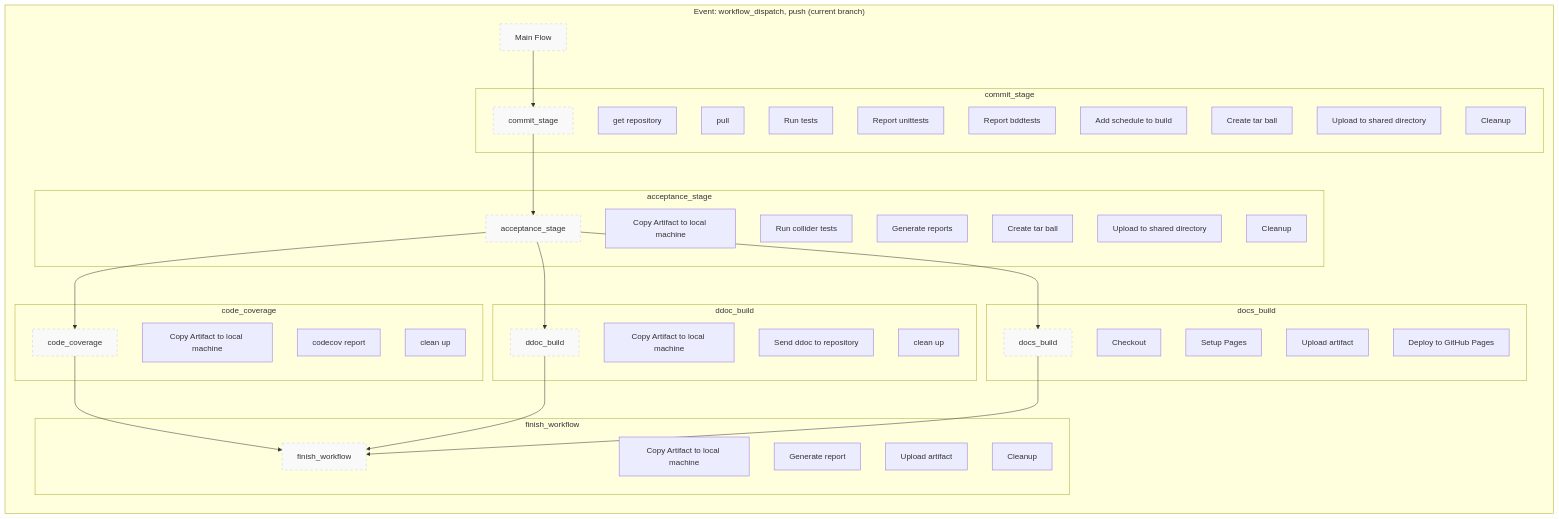
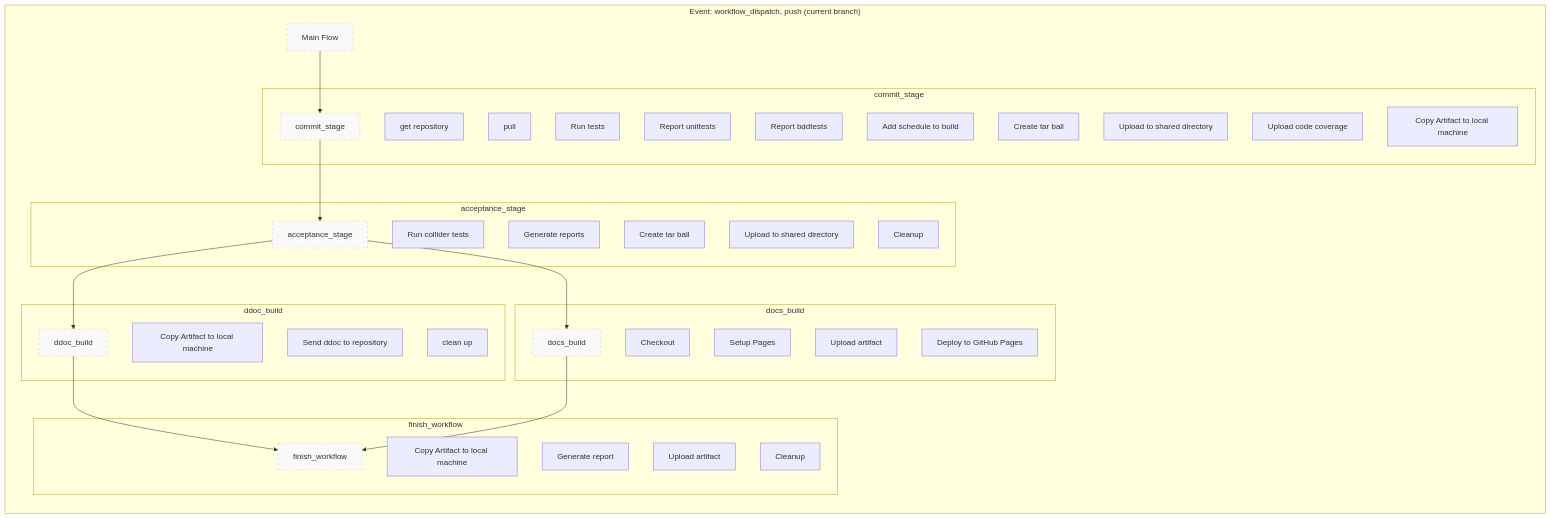
One commit to tagion/tagion changed the diagram in documents/continous_integration_and_delivery/systemic_overview.md. Above: the diagram before and after it, drawn with Mermaid. The commit also changed 2 other files, not shown here.

Commit message:
update coverage

````diff
--- a/documents/continous_integration_and_delivery/systemic_overview.md
+++ b/documents/continous_integration_and_delivery/systemic_overview.md
@@ -16,76 +16,67 @@
 ```mermaid
 flowchart LR
 
 subgraph "Event: workflow_dispatch, push (current branch)"
   style A fill:#f9f9f9,stroke:#cccccc,stroke-width:1px,stroke-dasharray: 5,5
   A[Main Flow]
 
   subgraph commit_stage
     style B fill:#f9f9f9,stroke:#cccccc,stroke-width:1px,stroke-dasharray: 5,5
     B[commit_stage]
     H["get repository"]
     I["pull"]
     J["Run tests"]
     K["Report unittests"]
     L["Report bddtests"]
     M["Add schedule to build"]
     N["Create tar ball"]
     O["Upload to shared directory"]
-    P["Cleanup"]
+    P["Upload code coverage"]
+    Q["Cleanup"]
   end
 
   subgraph acceptance_stage
     style C fill:#f9f9f9,stroke:#cccccc,stroke-width:1px,stroke-dasharray: 5,5
     C[acceptance_stage]
     Q["Copy Artifact to local machine"]
     R["Run collider tests"]
     S["Generate reports"]
     T["Create tar ball"]
     U["Upload to shared directory"]
     V["Cleanup"]
-  end
-
-  subgraph code_coverage
-    style D fill:#f9f9f9,stroke:#cccccc,stroke-width:1px,stroke-dasharray: 5,5
-    D[code_coverage]
-    W["Copy Artifact to local machine"]
-    X["codecov report"]
-    Y["clean up"]
   end
 
   subgraph ddoc_build
     style E fill:#f9f9f9,stroke:#cccccc,stroke-width:1px,stroke-dasharray: 5,5
     E[ddoc_build]
     Z["Copy Artifact to local machine"]
     AA["Send ddoc to repository"]
     BB["clean up"]
   end
 
   subgraph docs_build
     style F fill:#f9f9f9,stroke:#cccccc,stroke-width:1px,stroke-dasharray: 5,5
     F[docs_build]
     CC["Checkout"]
     DD["Setup Pages"]
     EE["Upload artifact"]
     FF["Deploy to GitHub Pages"]
   end
 
   subgraph finish_workflow
     style G fill:#f9f9f9,stroke:#cccccc,stroke-width:1px,stroke-dasharray: 5,5
     G[finish_workflow]
     GG["Copy Artifact to local machine"]
     HH["Generate report"]
     II["Upload artifact"]
     JJ["Cleanup"]
   end
 
   A --> B
   B --> C
-  C --> D
   C --> E
   C --> F
-  D --> G
   E --> G
   F --> G
 end
 ```
````
